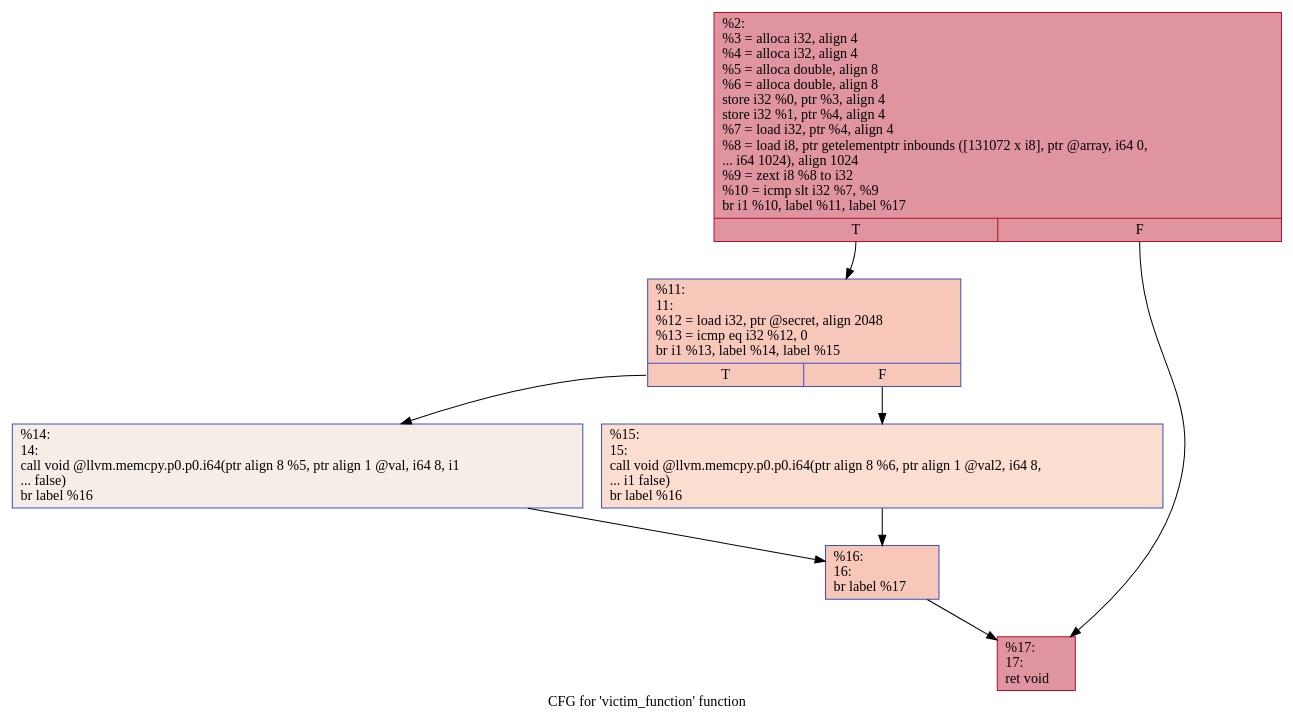
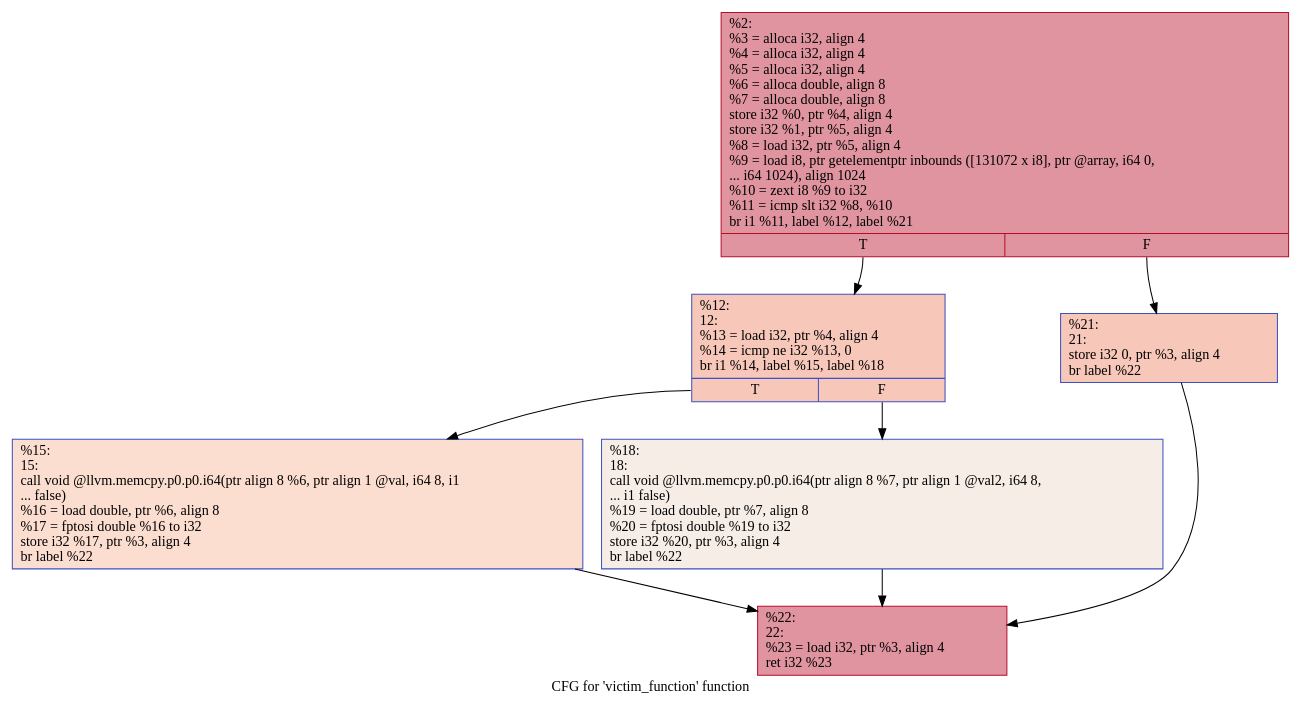
The diagram in PoC/condition_macos/.victim_function.dot (mbhuUM/ArmSSLH), drawn with Graphviz before and after one commit. The commit also changed 62 other files, not shown here.

```diff
--- a/PoC/condition_macos/.victim_function.dot
+++ b/PoC/condition_macos/.victim_function.dot
@@ -1,17 +1,17 @@
 digraph "CFG for 'victim_function' function" {
 	label="CFG for 'victim_function' function";
 
-	Node0x12de37260 [shape=record,color="#b70d28ff", style=filled, fillcolor="#b70d2870",label="{%2:\l  %3 = alloca i32, align 4\l  %4 = alloca i32, align 4\l  %5 = alloca double, align 8\l  %6 = alloca double, align 8\l  store i32 %0, ptr %3, align 4\l  store i32 %1, ptr %4, align 4\l  %7 = load i32, ptr %4, align 4\l  %8 = load i8, ptr getelementptr inbounds ([131072 x i8], ptr @array, i64 0,\l... i64 1024), align 1024\l  %9 = zext i8 %8 to i32\l  %10 = icmp slt i32 %7, %9\l  br i1 %10, label %11, label %17\l|{<s0>T|<s1>F}}"];
-	Node0x12de37260:s0 -> Node0x12de37990;
-	Node0x12de37260:s1 -> Node0x12de380d0;
-	Node0x12de37990 [shape=record,color="#3d50c3ff", style=filled, fillcolor="#ec7f6370",label="{%11:\l11:                                               \l  %12 = load i32, ptr @secret, align 2048\l  %13 = icmp eq i32 %12, 0\l  br i1 %13, label %14, label %15\l|{<s0>T|<s1>F}}"];
-	Node0x12de37990:s0 -> Node0x12de38090;
-	Node0x12de37990:s1 -> Node0x12de38340;
-	Node0x12de38090 [shape=record,color="#3d50c3ff", style=filled, fillcolor="#ead5c970",label="{%14:\l14:                                               \l  call void @llvm.memcpy.p0.p0.i64(ptr align 8 %5, ptr align 1 @val, i64 8, i1\l... false)\l  br label %16\l}"];
-	Node0x12de38090 -> Node0x12df04c30;
-	Node0x12de38340 [shape=record,color="#3d50c3ff", style=filled, fillcolor="#f7b39670",label="{%15:\l15:                                               \l  call void @llvm.memcpy.p0.p0.i64(ptr align 8 %6, ptr align 1 @val2, i64 8,\l... i1 false)\l  br label %16\l}"];
-	Node0x12de38340 -> Node0x12df04c30;
-	Node0x12df04c30 [shape=record,color="#3d50c3ff", style=filled, fillcolor="#ec7f6370",label="{%16:\l16:                                               \l  br label %17\l}"];
-	Node0x12df04c30 -> Node0x12de380d0;
-	Node0x12de380d0 [shape=record,color="#b70d28ff", style=filled, fillcolor="#b70d2870",label="{%17:\l17:                                               \l  ret void\l}"];
+	Node0x60000292ce00 [shape=record,color="#b70d28ff", style=filled, fillcolor="#b70d2870",label="{%2:\l  %3 = alloca i32, align 4\l  %4 = alloca i32, align 4\l  %5 = alloca i32, align 4\l  %6 = alloca double, align 8\l  %7 = alloca double, align 8\l  store i32 %0, ptr %4, align 4\l  store i32 %1, ptr %5, align 4\l  %8 = load i32, ptr %5, align 4\l  %9 = load i8, ptr getelementptr inbounds ([131072 x i8], ptr @array, i64 0,\l... i64 1024), align 1024\l  %10 = zext i8 %9 to i32\l  %11 = icmp slt i32 %8, %10\l  br i1 %11, label %12, label %21\l|{<s0>T|<s1>F}}"];
+	Node0x60000292ce00:s0 -> Node0x60000292ce40;
+	Node0x60000292ce00:s1 -> Node0x60000292cec0;
+	Node0x60000292ce40 [shape=record,color="#3d50c3ff", style=filled, fillcolor="#ec7f6370",label="{%12:\l12:                                               \l  %13 = load i32, ptr %4, align 4\l  %14 = icmp ne i32 %13, 0\l  br i1 %14, label %15, label %18\l|{<s0>T|<s1>F}}"];
+	Node0x60000292ce40:s0 -> Node0x60000292ce80;
+	Node0x60000292ce40:s1 -> Node0x60000292cf80;
+	Node0x60000292ce80 [shape=record,color="#3d50c3ff", style=filled, fillcolor="#f7b39670",label="{%15:\l15:                                               \l  call void @llvm.memcpy.p0.p0.i64(ptr align 8 %6, ptr align 1 @val, i64 8, i1\l... false)\l  %16 = load double, ptr %6, align 8\l  %17 = fptosi double %16 to i32\l  store i32 %17, ptr %3, align 4\l  br label %22\l}"];
+	Node0x60000292ce80 -> Node0x60000292d080;
+	Node0x60000292cf80 [shape=record,color="#3d50c3ff", style=filled, fillcolor="#ead5c970",label="{%18:\l18:                                               \l  call void @llvm.memcpy.p0.p0.i64(ptr align 8 %7, ptr align 1 @val2, i64 8,\l... i1 false)\l  %19 = load double, ptr %7, align 8\l  %20 = fptosi double %19 to i32\l  store i32 %20, ptr %3, align 4\l  br label %22\l}"];
+	Node0x60000292cf80 -> Node0x60000292d080;
+	Node0x60000292cec0 [shape=record,color="#3d50c3ff", style=filled, fillcolor="#ec7f6370",label="{%21:\l21:                                               \l  store i32 0, ptr %3, align 4\l  br label %22\l}"];
+	Node0x60000292cec0 -> Node0x60000292d080;
+	Node0x60000292d080 [shape=record,color="#b70d28ff", style=filled, fillcolor="#b70d2870",label="{%22:\l22:                                               \l  %23 = load i32, ptr %3, align 4\l  ret i32 %23\l}"];
 }
```
